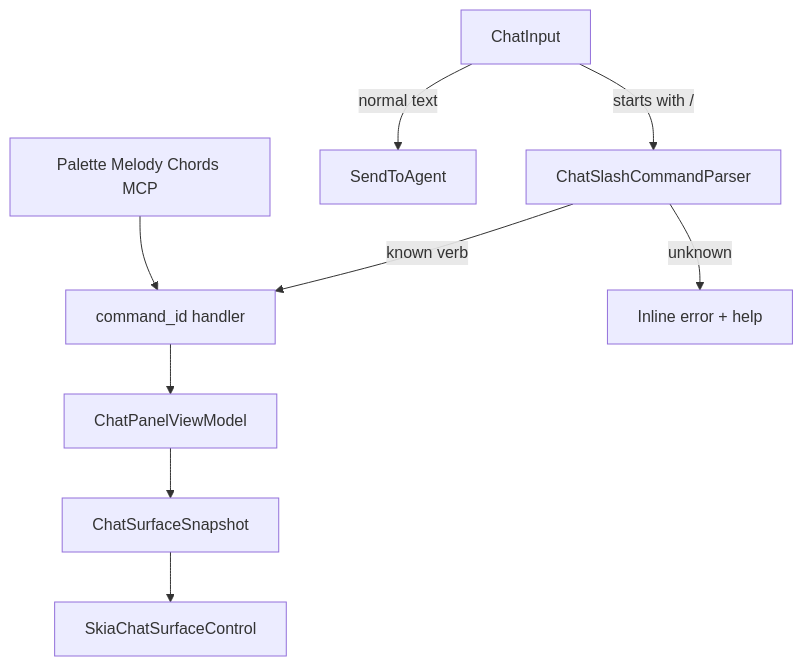
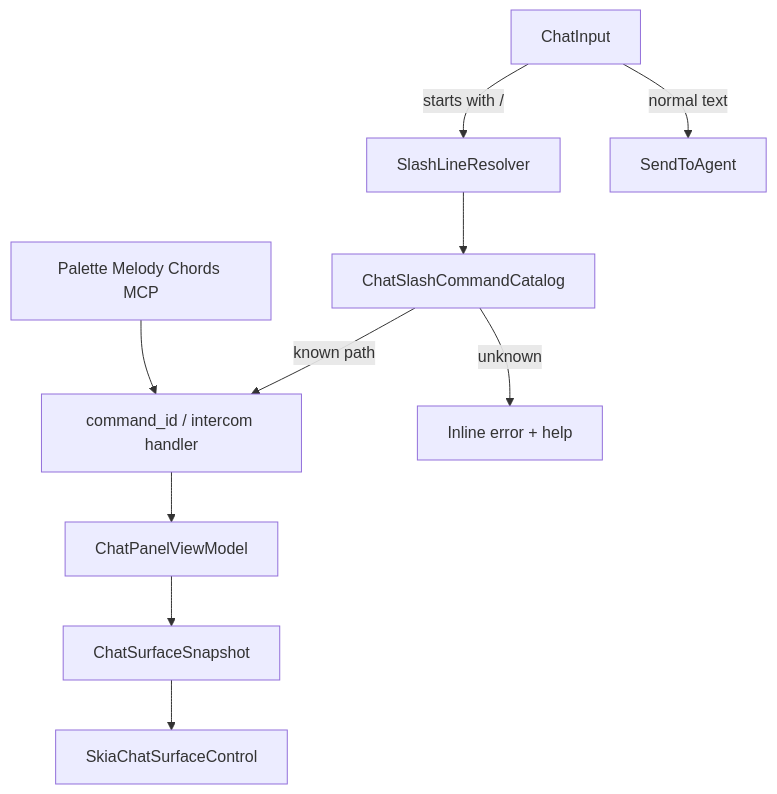
Before and after one commit to AI-Guiders/cascade-ide: the diagram in docs/adr/0119-chat-slash-commands-intercom-surface.md, drawn with Mermaid. The commit also changed other lines of this file and 61 other files, not shown here.

First line of the commit message:
feat(slash): catalog-only resolution; remove legacy parser stack

````diff
--- a/docs/adr/0119-chat-slash-commands-intercom-surface.md
+++ b/docs/adr/0119-chat-slash-commands-intercom-surface.md
@@ -260,12 +267,13 @@
 ```mermaid
 flowchart TD
     input[ChatInput]
-    input -->|starts with /| parser[ChatSlashCommandParser]
+    input -->|starts with /| resolver[SlashLineResolver]
     input -->|normal text| agent[SendToAgent]
-    parser -->|known verb| cmd[command_id handler]
-    parser -->|unknown| err[Inline error + help]
+    resolver --> catalog[ChatSlashCommandCatalog]
+    catalog -->|known path| cmd[command_id / intercom handler]
+    catalog -->|unknown| err[Inline error + help]
     cmd --> vm[ChatPanelViewModel]
     vm --> snap[ChatSurfaceSnapshot]
     snap --> skia[SkiaChatSurfaceControl]
     palette[Palette Melody Chords MCP] --> cmd
 ```
````
